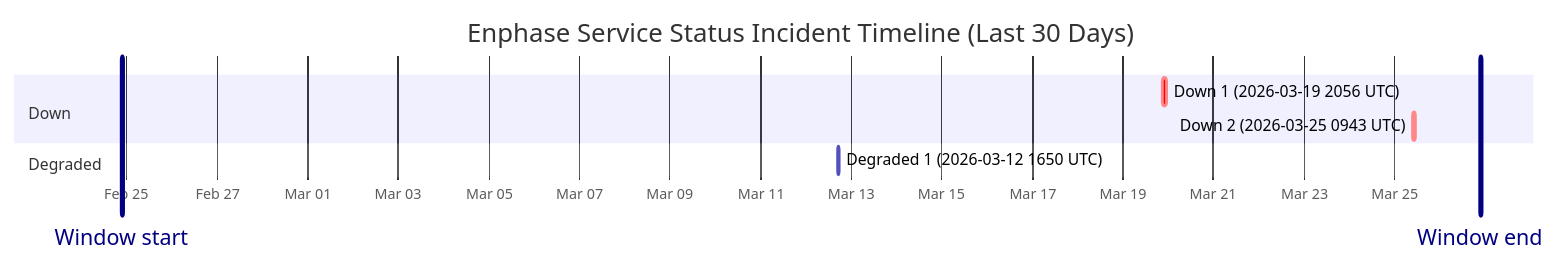
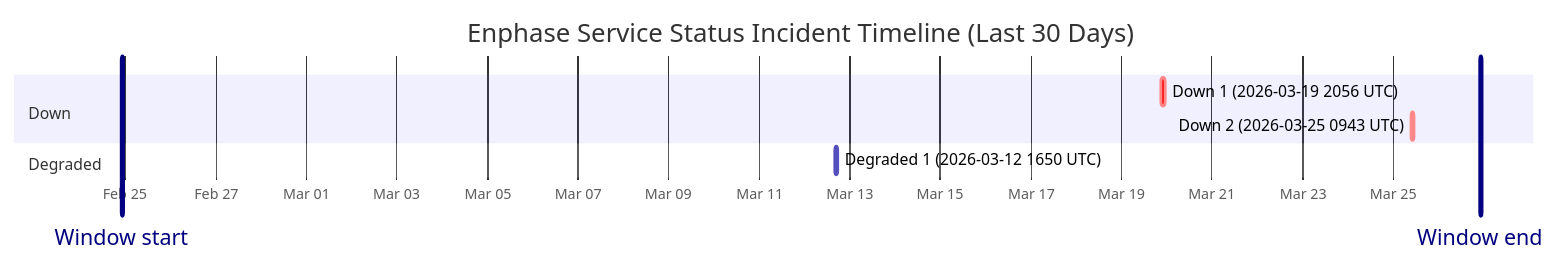
One commit to barneyonline/ha-enphase-ev-charger changed the diagram in wiki/Service-Status-History.md. Above: the diagram before and after it, drawn with Mermaid. The commit also changed other lines of this file and 3 other files, not shown here.

````diff
--- a/wiki/Service-Status-History.md
+++ b/wiki/Service-Status-History.md
@@ -14,13 +14,13 @@
 ```mermaid
 gantt
     title Enphase Service Status Incident Timeline (Last 30 Days)
     dateFormat  YYYY-MM-DDTHH:mm:ss
     axisFormat  %b %d
-    Window start :vert, window-start, 2026-02-24T21:23:17, 0ms
-    Window end :vert, window-end, 2026-03-26T21:23:17, 0ms
+    Window start :vert, window-start, 2026-02-24T22:18:57, 0ms
+    Window end :vert, window-end, 2026-03-26T22:18:57, 0ms
     section Down
     Down 1 (2026-03-19 2056 UTC) :crit, down-1, 2026-03-19T20:56:20, 145m
     Down 2 (2026-03-25 0943 UTC) :crit, down-2, 2026-03-25T09:43:28, 111m
     section Degraded
     Degraded 1 (2026-03-12 1650 UTC) :active, degraded-1, 2026-03-12T16:50:43, 60m
 ```
````
